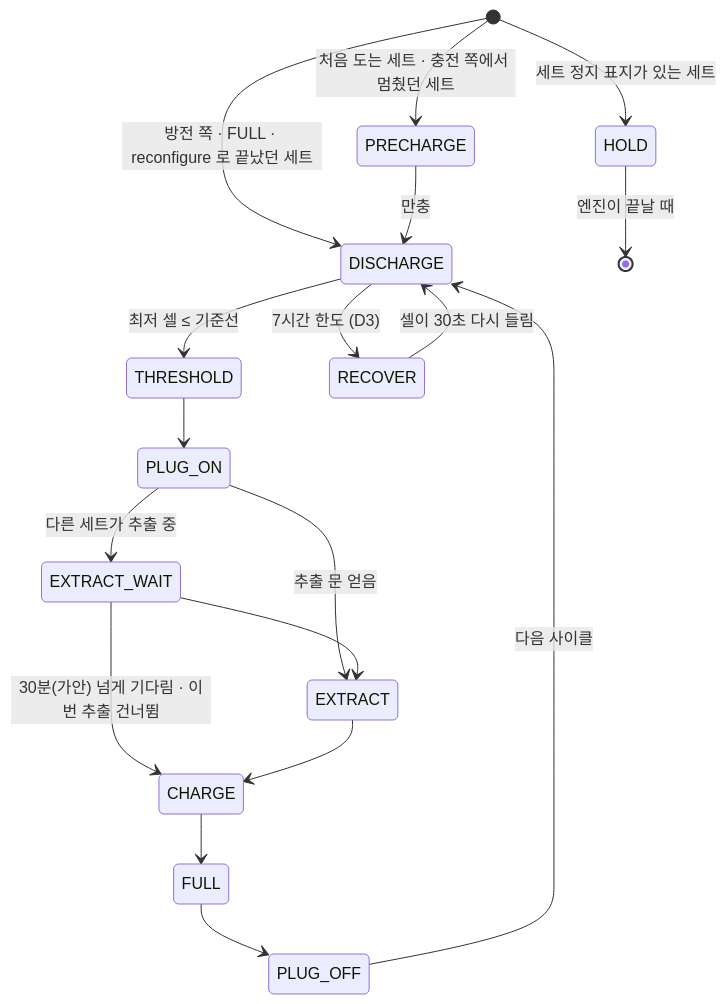
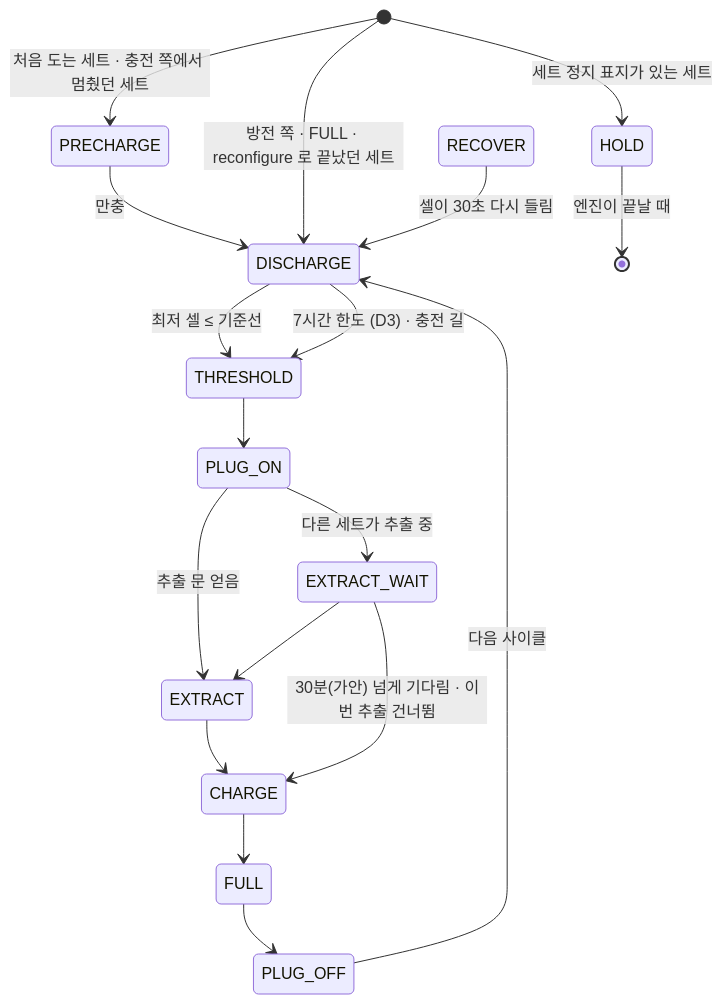
One commit to GeonwooKim-fitogether/QA-Automation-Test-Room changed the third of 6 diagrams in cell-bench/docs/design/multi-set-plan.md. Above: the diagram before and after it, drawn with Mermaid. The commit also changed other lines of this file, not shown here.

````diff
--- a/cell-bench/docs/design/multi-set-plan.md
+++ b/cell-bench/docs/design/multi-set-plan.md
@@ -136,20 +140,20 @@
 ```mermaid
 stateDiagram-v2
   [*] --> PRECHARGE: 처음 도는 세트 · 충전 쪽에서 멈췄던 세트
   [*] --> DISCHARGE: 방전 쪽 · FULL · reconfigure 로 끝났던 세트
   [*] --> HOLD: 세트 정지 표지가 있는 세트
   PRECHARGE --> DISCHARGE: 만충
   DISCHARGE --> THRESHOLD: 최저 셀 ≤ 기준선
-  DISCHARGE --> RECOVER: 7시간 한도 (D3)
+  DISCHARGE --> THRESHOLD: 7시간 한도 (D3) · 충전 길
   THRESHOLD --> PLUG_ON
   PLUG_ON --> EXTRACT: 추출 문 얻음
   PLUG_ON --> EXTRACT_WAIT: 다른 세트가 추출 중
   EXTRACT_WAIT --> EXTRACT
   EXTRACT_WAIT --> CHARGE: 30분(가안) 넘게 기다림 · 이번 추출 건너뜀
   EXTRACT --> CHARGE
   CHARGE --> FULL
   FULL --> PLUG_OFF
   PLUG_OFF --> DISCHARGE: 다음 사이클
   RECOVER --> DISCHARGE: 셀이 30초 다시 들림
   HOLD --> [*]: 엔진이 끝날 때
 ```
````
